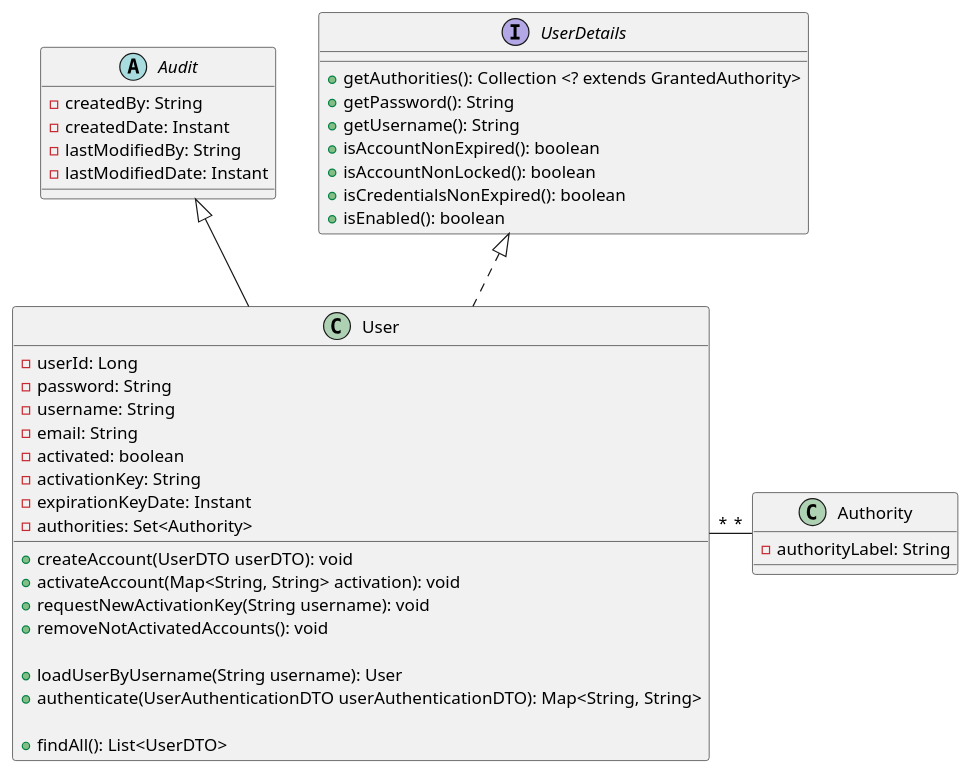
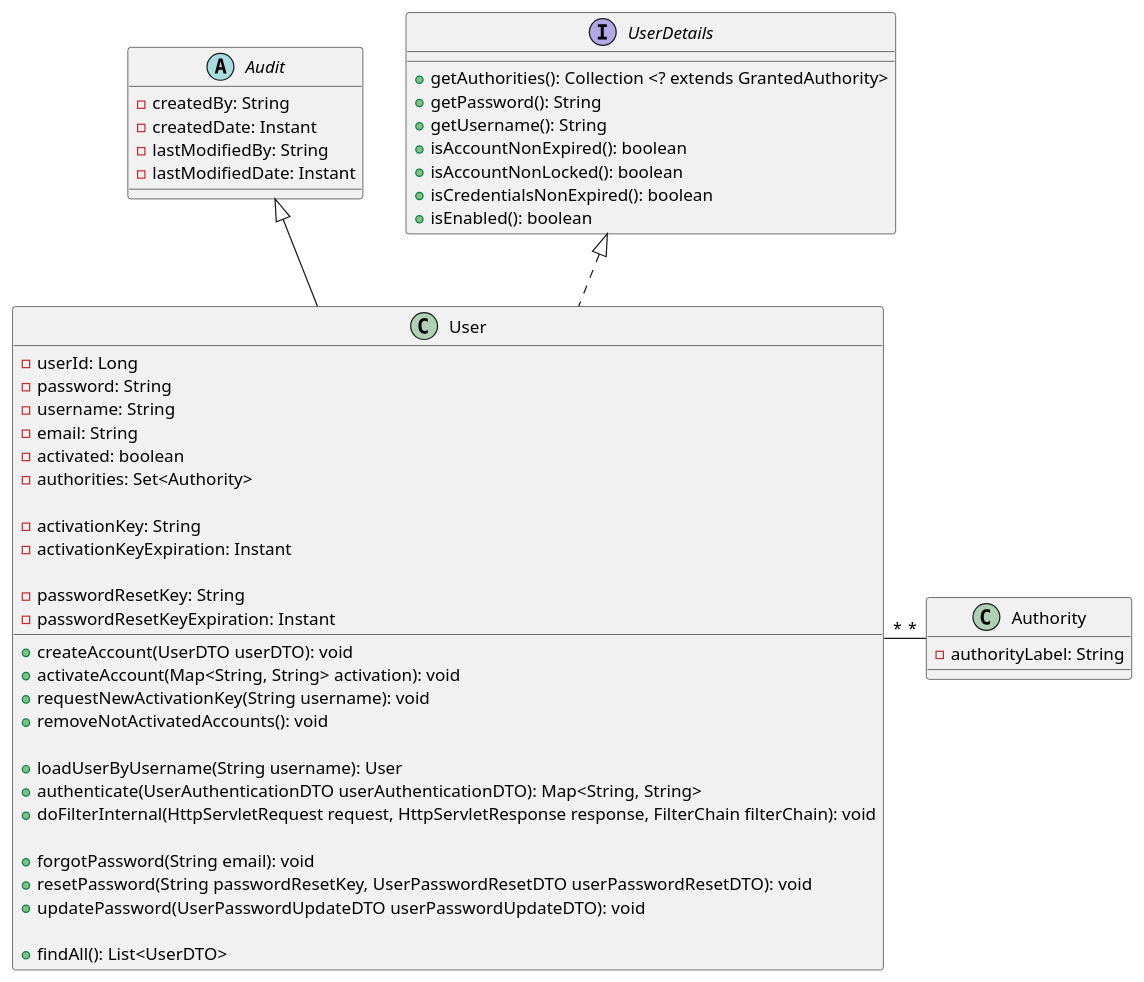
One commit to fatimabenzaoui/auth-springboot changed the diagram in usecases-diagramclasses/diagram-class2.puml. Above: the diagram before and after it, drawn with PlantUML. The commit also changed 17 other files, not shown here.

```diff
--- a/usecases-diagramclasses/diagram-class2.puml
+++ b/usecases-diagramclasses/diagram-class2.puml
@@ -1,49 +1,58 @@
 @startuml shopclassdiagram
 
 User "*" -right- "*" Authority
 
 abstract class Audit {
     - createdBy: String
     - createdDate: Instant
     - lastModifiedBy: String
     - lastModifiedDate: Instant
 }
 
 interface UserDetails {
     + getAuthorities(): Collection <? extends GrantedAuthority>
     + getPassword(): String
     + getUsername(): String
     + isAccountNonExpired(): boolean
     + isAccountNonLocked(): boolean
     + isCredentialsNonExpired(): boolean
     + isEnabled(): boolean
 }
 
 class User extends Audit
 class User implements UserDetails
 class User {
     - userId: Long
     - password: String
     - username: String  
     - email: String
     - activated: boolean
+    - authorities: Set<Authority>
+
     - activationKey: String
-    - expirationKeyDate: Instant
-    - authorities: Set<Authority>
+    - activationKeyExpiration: Instant
+
+    - passwordResetKey: String
+    - passwordResetKeyExpiration: Instant
 
     + createAccount(UserDTO userDTO): void
     + activateAccount(Map<String, String> activation): void
     + requestNewActivationKey(String username): void
     + removeNotActivatedAccounts(): void
 
     + loadUserByUsername(String username): User
     + authenticate(UserAuthenticationDTO userAuthenticationDTO): Map<String, String>
+    + doFilterInternal(HttpServletRequest request, HttpServletResponse response, FilterChain filterChain): void
+
+    + forgotPassword(String email): void
+    + resetPassword(String passwordResetKey, UserPasswordResetDTO userPasswordResetDTO): void
+    + updatePassword(UserPasswordUpdateDTO userPasswordUpdateDTO): void
 
     + findAll(): List<UserDTO>
 }
 
 class Authority {
     - authorityLabel: String
 }
 
 @enduml
```
